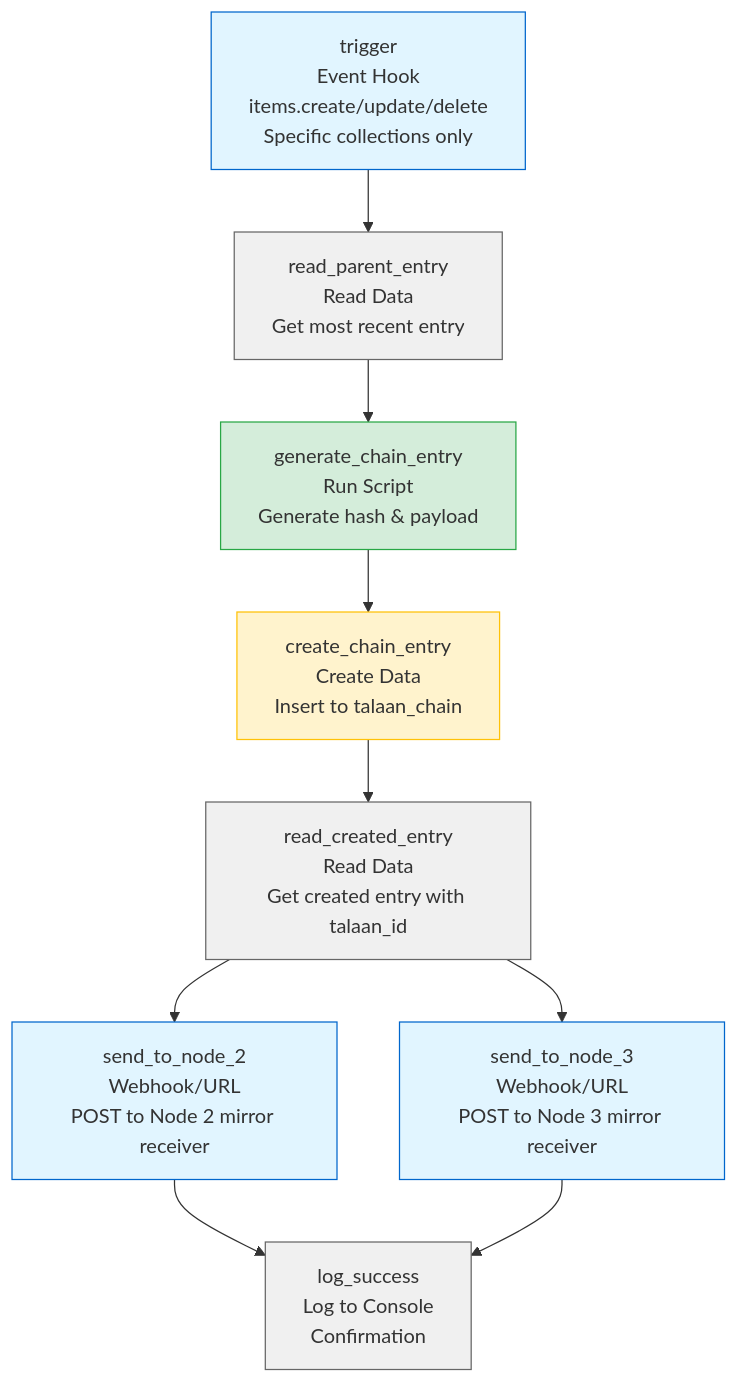
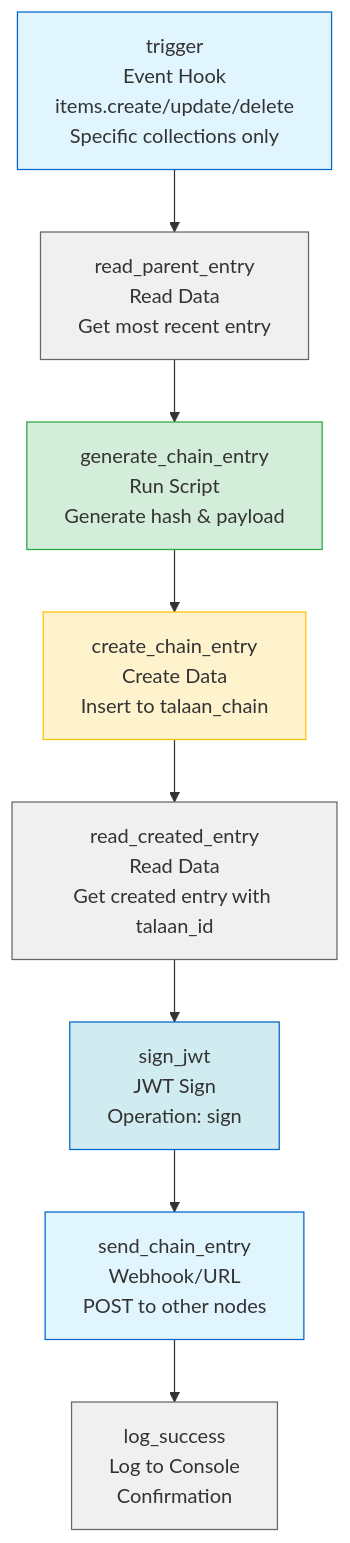
Before and after one commit to trinly01/Tamper-Evident-Ledger-Systems-PH: the diagram in talaan-chain/flows/logger/README.md, drawn with Mermaid. The commit also changed other lines of this file and 3 other files, not shown here.

First line of the commit message:
Add JWT authentication to logger and mirror flows

````diff
--- a/talaan-chain/flows/logger/README.md
+++ b/talaan-chain/flows/logger/README.md
@@ -22,29 +22,28 @@
 ```mermaid
 flowchart TD
     A[trigger<br/>Event Hook<br/>items.create/update/delete<br/>Specific collections only]
     B[read_parent_entry<br/>Read Data<br/>Get most recent entry]
     C[generate_chain_entry<br/>Run Script<br/>Generate hash & payload]
     D[create_chain_entry<br/>Create Data<br/>Insert to talaan_chain]
     E[read_created_entry<br/>Read Data<br/>Get created entry with talaan_id]
-    F1[send_to_node_2<br/>Webhook/URL<br/>POST to Node 2 mirror receiver]
-    F2[send_to_node_3<br/>Webhook/URL<br/>POST to Node 3 mirror receiver]
-    G[log_success<br/>Log to Console<br/>Confirmation]
+    F[sign_jwt<br/>JWT Sign<br/>Operation: sign]
+    G[send_chain_entry<br/>Webhook/URL<br/>POST to other nodes]
+    H[log_success<br/>Log to Console<br/>Confirmation]
     
     A --> B
     B --> C
     C --> D
     D --> E
-    E --> F1
-    E --> F2
-    F1 --> G
-    F2 --> G
+    E --> F
+    F --> G
+    G --> H
     
     style A fill:#e1f5ff,stroke:#0066cc
     style B fill:#f0f0f0,stroke:#666
     style C fill:#d4edda,stroke:#28a745
     style D fill:#fff3cd,stroke:#ffc107
     style E fill:#f0f0f0,stroke:#666
-    style F1 fill:#e1f5ff,stroke:#0066cc
-    style F2 fill:#e1f5ff,stroke:#0066cc
-    style G fill:#f0f0f0,stroke:#666
+    style F fill:#d1ecf1,stroke:#0066cc
+    style G fill:#e1f5ff,stroke:#0066cc
+    style H fill:#f0f0f0,stroke:#666
 ```
````
